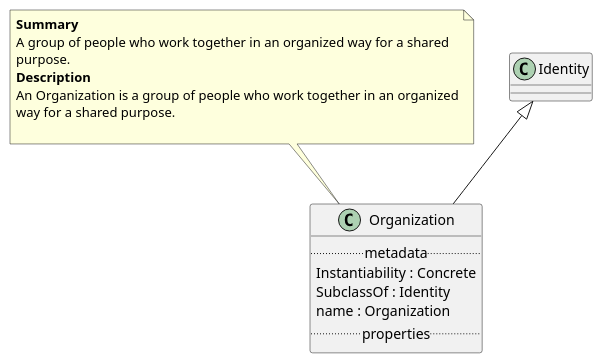
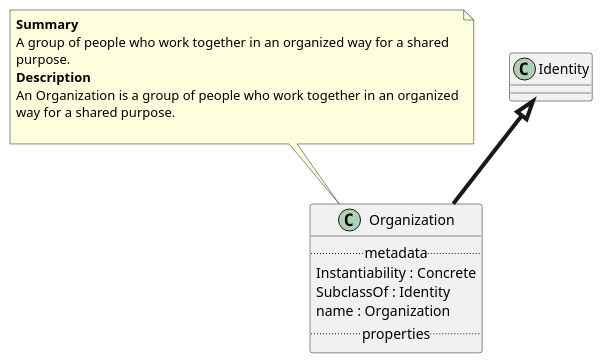
Before and after one commit to maxhbr/spec-parser.hs: the diagram in Classes/Organization.puml, drawn with PlantUML. The commit also changed 61 other files, not shown here.

```diff
--- a/Classes/Organization.puml
+++ b/Classes/Organization.puml
@@ -1,19 +1,19 @@
 @startuml
 class Organization {
 .. metadata ..
     Instantiability : Concrete
     SubclassOf : Identity
     name : Organization
 .. properties ..
 }
 note top of Organization
 <b>Summary</b>
 A group of people who work together in an organized way for a shared
 purpose.
 <b>Description</b>
 An Organization is a group of people who work together in an organized
 way for a shared purpose.
 
 end note
-"Identity" <|-- "Organization"
+"Identity" <|-[thickness=4]- "Organization"
 @enduml
```
